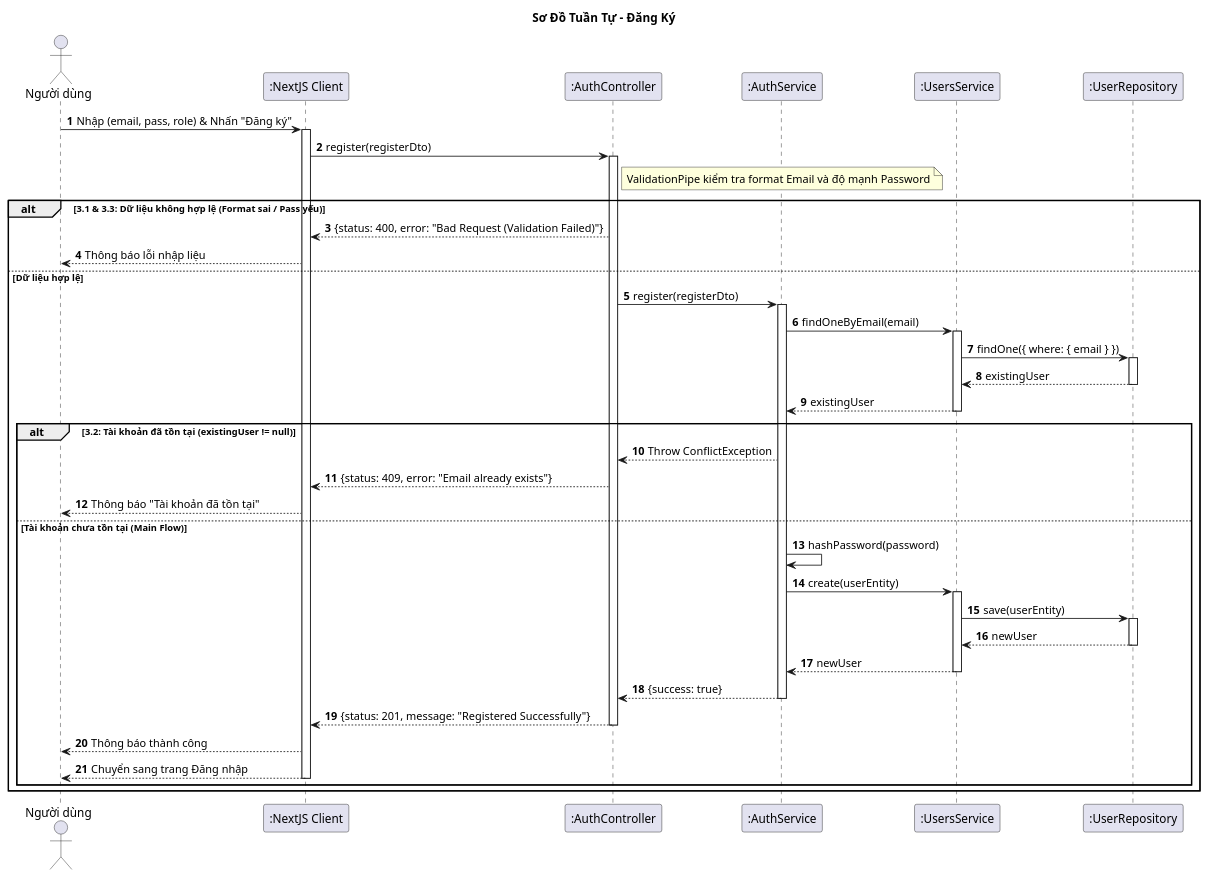
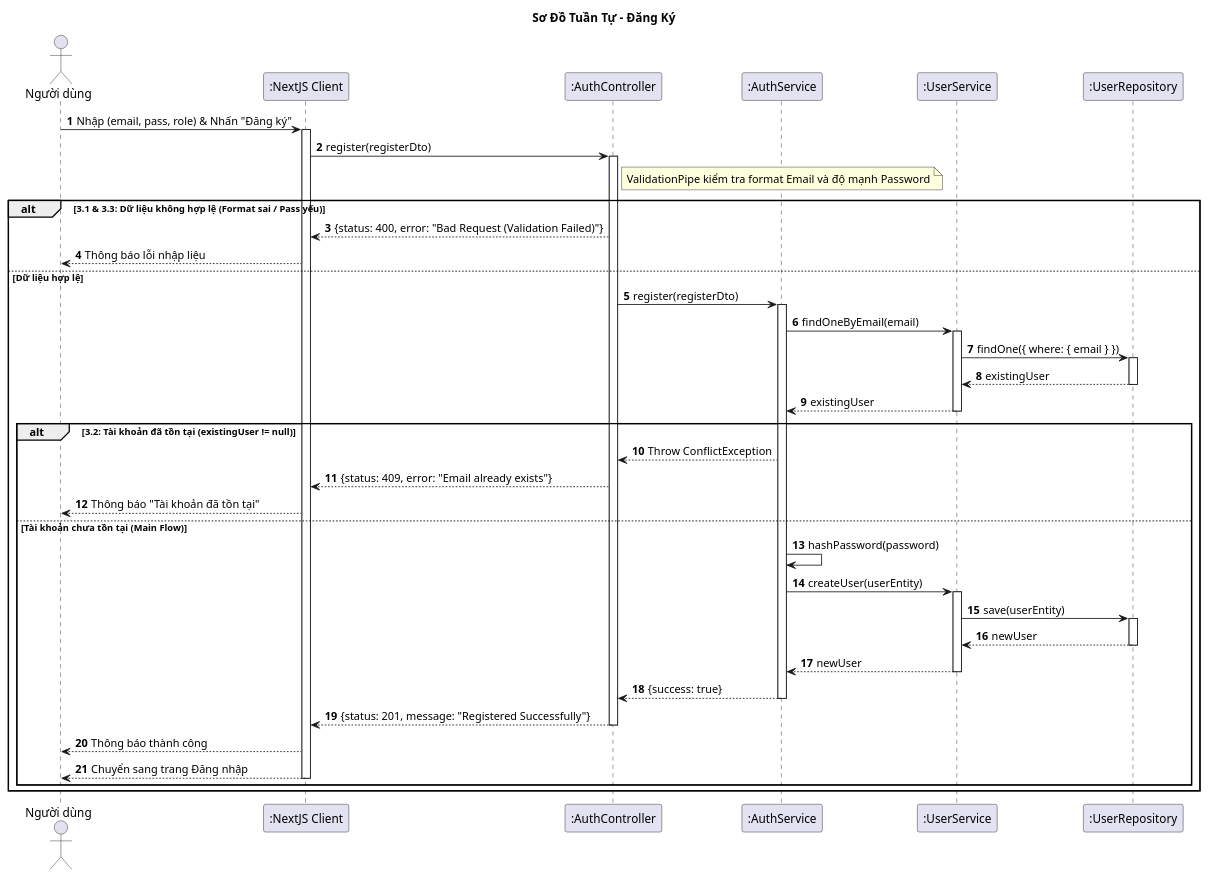
Before and after one commit to vinh047/soundwave: the diagram in Diagrams/SequenceDiagram/SignupSD.plantuml, drawn with PlantUML. The commit also changed 13 other files, not shown here.

Commit message:
Update: Sửa Class Diagram thành mức phân tích

```diff
--- a/Diagrams/SequenceDiagram/SignupSD.plantuml
+++ b/Diagrams/SequenceDiagram/SignupSD.plantuml
@@ -1,79 +1,79 @@
 @startuml Sequence Diagram - Đăng Ký 
 
 title Sơ Đồ Tuần Tự - Đăng Ký  
 
 actor "Người dùng" as User
 participant ":NextJS Client" as UI
-participant ":AuthController" as Controller
+participant ":AuthController" as AuthController
 participant ":AuthService" as AuthService
-participant ":UsersService" as UsersService
+participant ":UserService" as UserService
 participant ":UserRepository" as DB
 
 autonumber
 
 ' === BƯỚC 1 & 2: GỬI YÊU CẦU ===
 User -> UI: Nhập (email, pass, role) & Nhấn "Đăng ký"
 activate UI
 
 ' NestJS dùng DTO để hứng và validate dữ liệu
-UI -> Controller: register(registerDto)
-activate Controller
+UI -> AuthController: register(registerDto)
+activate AuthController
 
 ' === BƯỚC 3: XỬ LÝ LOGIC ===
 
 ' --- CHECK 1 & 3: VALIDATION (Email format & Pass strength) ---
-' Trong NestJS, việc này thường được xử lý tự động bởi DTO + class-validator trước khi vào Controller
+' Trong NestJS, việc này thường được xử lý tự động bởi DTO + class-validator trước khi vào AuthController
 ' Nhưng ta vẽ ở đây để khớp với Use case 3.1 và 3.3
-note right of Controller: ValidationPipe kiểm tra format Email và độ mạnh Password
+note right of AuthController: ValidationPipe kiểm tra format Email và độ mạnh Password
 
 alt 3.1 & 3.3: Dữ liệu không hợp lệ (Format sai / Pass yếu)
-    Controller --> UI: {status: 400, error: "Bad Request (Validation Failed)"}
+    AuthController --> UI: {status: 400, error: "Bad Request (Validation Failed)"}
     UI --> User: Thông báo lỗi nhập liệu
 
 else Dữ liệu hợp lệ
-    Controller -> AuthService: register(registerDto)
+    AuthController -> AuthService: register(registerDto)
     activate AuthService
 
     ' --- CHECK 2: TÀI KHOẢN TỒN TẠI (Use case 3.2) ---
-    AuthService -> UsersService: findOneByEmail(email)
-    activate UsersService
-    UsersService -> DB: findOne({ where: { email } })
+    AuthService -> UserService: findOneByEmail(email)
+    activate UserService
+    UserService -> DB: findOne({ where: { email } })
     activate DB
-    DB --> UsersService: existingUser
+    DB --> UserService: existingUser
     deactivate DB
-    UsersService --> AuthService: existingUser
-    deactivate UsersService
+    UserService --> AuthService: existingUser
+    deactivate UserService
     
     alt 3.2: Tài khoản đã tồn tại (existingUser != null)
-        AuthService --> Controller: Throw ConflictException
-        Controller --> UI: {status: 409, error: "Email already exists"}
+        AuthService --> AuthController: Throw ConflictException
+        AuthController --> UI: {status: 409, error: "Email already exists"}
         UI --> User: Thông báo "Tài khoản đã tồn tại"
         
     else Tài khoản chưa tồn tại (Main Flow)
         ' --- BƯỚC PHỤ QUAN TRỌNG: MÃ HÓA MẬT KHẨU ---
         AuthService -> AuthService: hashPassword(password)
         
         ' --- BƯỚC 4: GHI DB ---
-        AuthService -> UsersService: create(userEntity)
-        activate UsersService
-        UsersService -> DB: save(userEntity)
+        AuthService -> UserService: createUser(userEntity)
+        activate UserService
+        UserService -> DB: save(userEntity)
         activate DB
-        DB --> UsersService: newUser
+        DB --> UserService: newUser
         deactivate DB
         
-        UsersService --> AuthService: newUser
-        deactivate UsersService
+        UserService --> AuthService: newUser
+        deactivate UserService
         
-        AuthService --> Controller: {success: true}
+        AuthService --> AuthController: {success: true}
         deactivate AuthService
         
-        Controller --> UI: {status: 201, message: "Registered Successfully"}
-        deactivate Controller
+        AuthController --> UI: {status: 201, message: "Registered Successfully"}
+        deactivate AuthController
         
         ' --- BƯỚC 5: CHUYỂN TRANG ---
         UI --> User: Thông báo thành công
         UI --> User: Chuyển sang trang Đăng nhập
         deactivate UI
     end
 end
 @enduml
```
